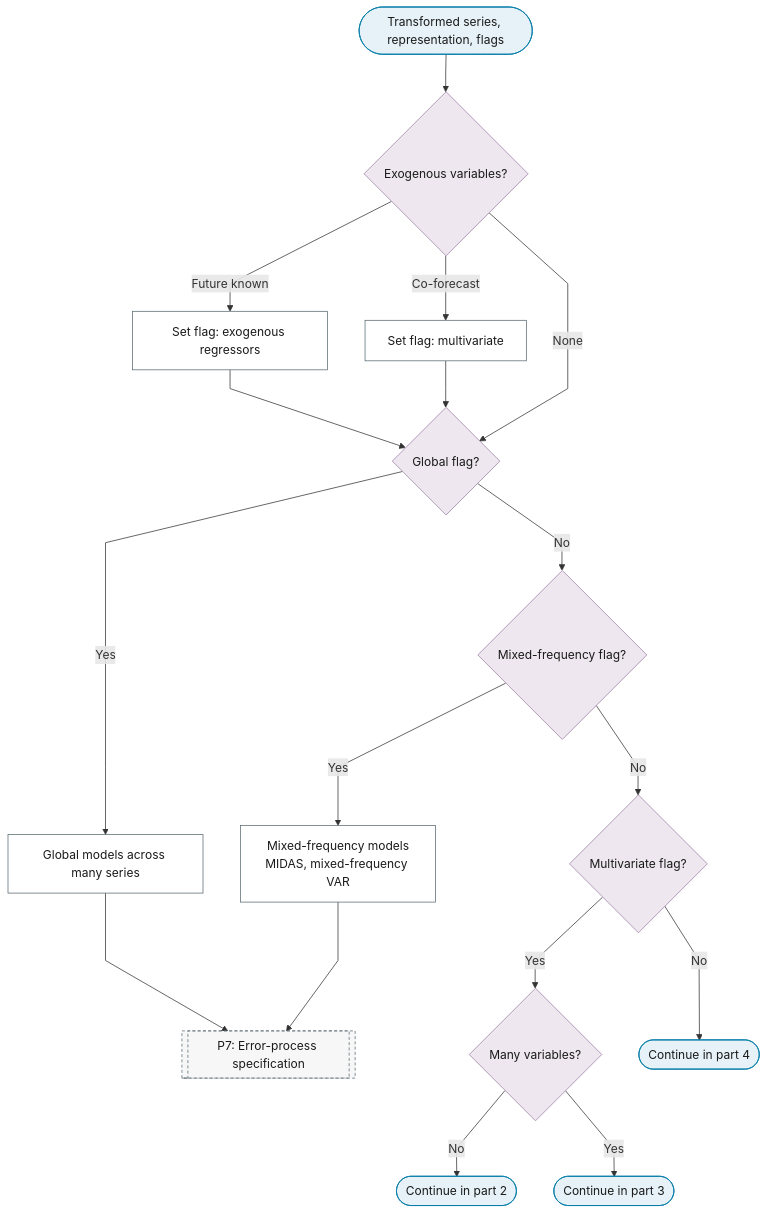
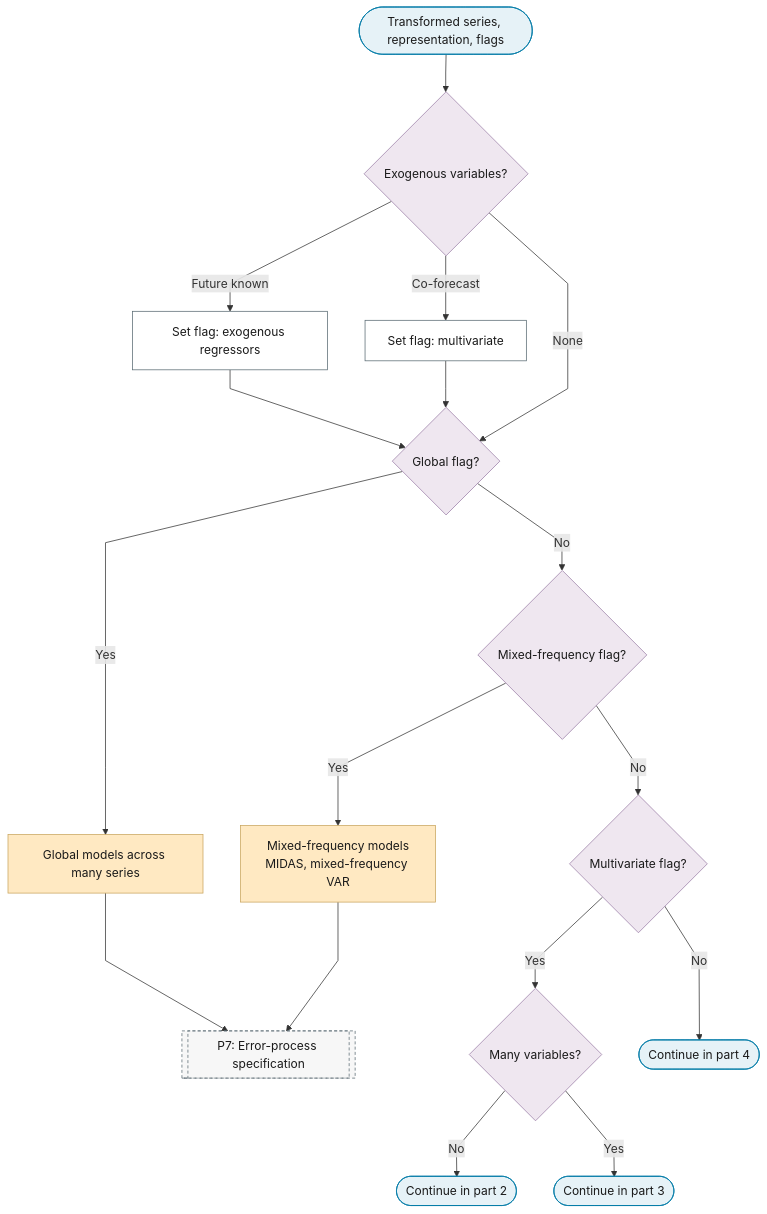
Before and after one commit to Shuxin-Y/time-series-analysis-manual: the first of 10 diagrams in docs/01-workflow/p06-mean-model-class.md, drawn with Mermaid. The commit also changed other lines of this file and 1 other file, not shown here.

First line of the commit message:
style(flowchart): P6 model and P8 estimator leaves keep the escalate outcome class

````diff
--- a/docs/01-workflow/p06-mean-model-class.md
+++ b/docs/01-workflow/p06-mean-model-class.md
@@ -11,30 +11,31 @@
 ```mermaid
 %%{init: {"flowchart": {"curve": "linear"}}}%%
 graph TD
     P6_IN(["Transformed series, representation, flags"]) --> P6_EXOGENOUS{"Exogenous variables?"}
     P6_EXOGENOUS -->|"Future known"| P6_EXOG_FLAG["Set flag: exogenous regressors"]
     P6_EXOGENOUS -->|"Co-forecast"| P6_MULTI_FLAG["Set flag: multivariate"]
     P6_EXOGENOUS -->|"None"| P6_GLOBAL_Q
     P6_EXOG_FLAG & P6_MULTI_FLAG --> P6_GLOBAL_Q{"Global flag?"}
     P6_GLOBAL_Q -->|"Yes"| P6_GLOBAL_MODELS["Global models across many series"]
     P6_GLOBAL_Q -->|"No"| P6_MIXED_Q{"Mixed-frequency flag?"}
     P6_MIXED_Q -->|"Yes"| P6_MIXED_FREQUENCY["Mixed-frequency models<br/>MIDAS, mixed-frequency VAR"]
     P6_MIXED_Q -->|"No"| P6_MULTI_Q{"Multivariate flag?"}
     P6_MULTI_Q -->|"Yes"| P6_MANY_Q{"Many variables?"}
     P6_MULTI_Q -->|"No"| P6_TO_PART_4(["Continue in part 4"])
     P6_MANY_Q -->|"No"| P6_TO_PART_2(["Continue in part 2"])
     P6_MANY_Q -->|"Yes"| P6_TO_PART_3(["Continue in part 3"])
     P6_GLOBAL_MODELS & P6_MIXED_FREQUENCY --> P7[["P7: Error-process specification"]]
+    class P6_GLOBAL_MODELS,P6_MIXED_FREQUENCY escalate
     class P6_IN,P6_TO_PART_4,P6_TO_PART_2,P6_TO_PART_3 terminator
     class P6_EXOGENOUS,P6_GLOBAL_Q,P6_MIXED_Q,P6_MULTI_Q,P6_MANY_Q decision
-    class P6_EXOG_FLAG,P6_MULTI_FLAG,P6_GLOBAL_MODELS,P6_MIXED_FREQUENCY process
+    class P6_EXOG_FLAG,P6_MULTI_FLAG process
     class P7 ref
     classDef terminator fill:#E6F2F7,stroke:#007BA7,color:#1A1A1A;
     classDef process fill:#FFFFFF,stroke:#5A6B73,color:#1A1A1A;
     classDef decision fill:#EFE7F0,stroke:#9B7FA7,color:#1A1A1A;
     classDef data fill:#FFF4E0,stroke:#C9A55E,color:#1A1A1A;
     classDef good fill:#DCEFD8,stroke:#4A7A3F,color:#1A1A1A;
     classDef escalate fill:#FFE9C2,stroke:#C9A55E,color:#1A1A1A;
     classDef problem fill:#F2D9DE,stroke:#800020,color:#1A1A1A;
     classDef ref fill:#F7F7F7,stroke:#5A6B73,color:#1A1A1A,stroke-dasharray:4 3;
 ```
````
